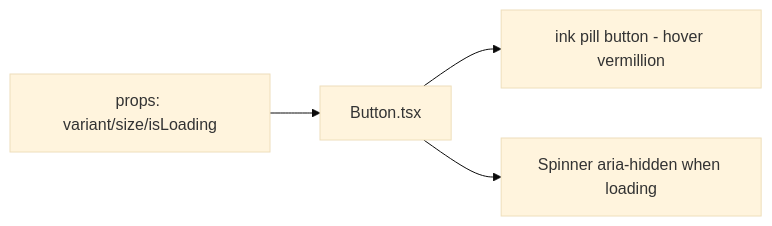
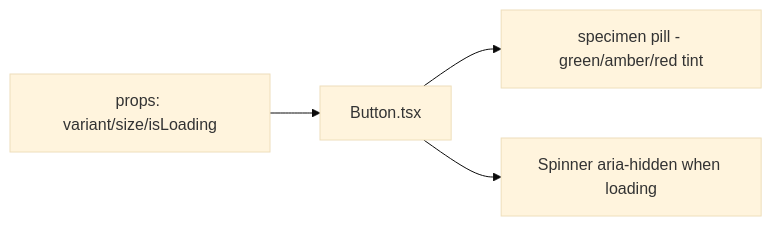
The diagram in apps/web/src/shared/ui/Button.tsx.md (AzamatRaimbekov2/openCreate), drawn with Mermaid (base theme) before and after one commit. The commit also changed other lines of this file and 99 other files, not shown here.

````diff
--- a/apps/web/src/shared/ui/Button.tsx.md
+++ b/apps/web/src/shared/ui/Button.tsx.md
@@ -19,5 +19,5 @@
 ```mermaid
 flowchart LR
-  P[props: variant/size/isLoading] --> B[Button.tsx] --> OUT[ink pill button - hover vermillion]
+  P[props: variant/size/isLoading] --> B[Button.tsx] --> OUT[specimen pill - green/amber/red tint]
   B --> SP[Spinner aria-hidden when loading]
 ```
````
